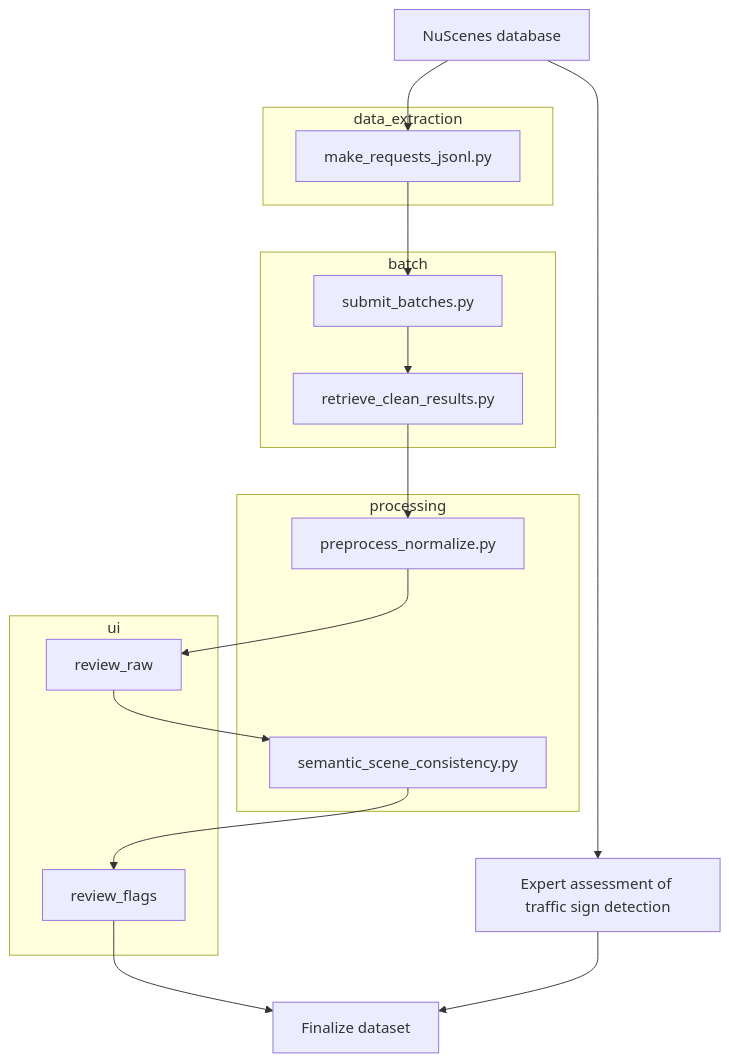
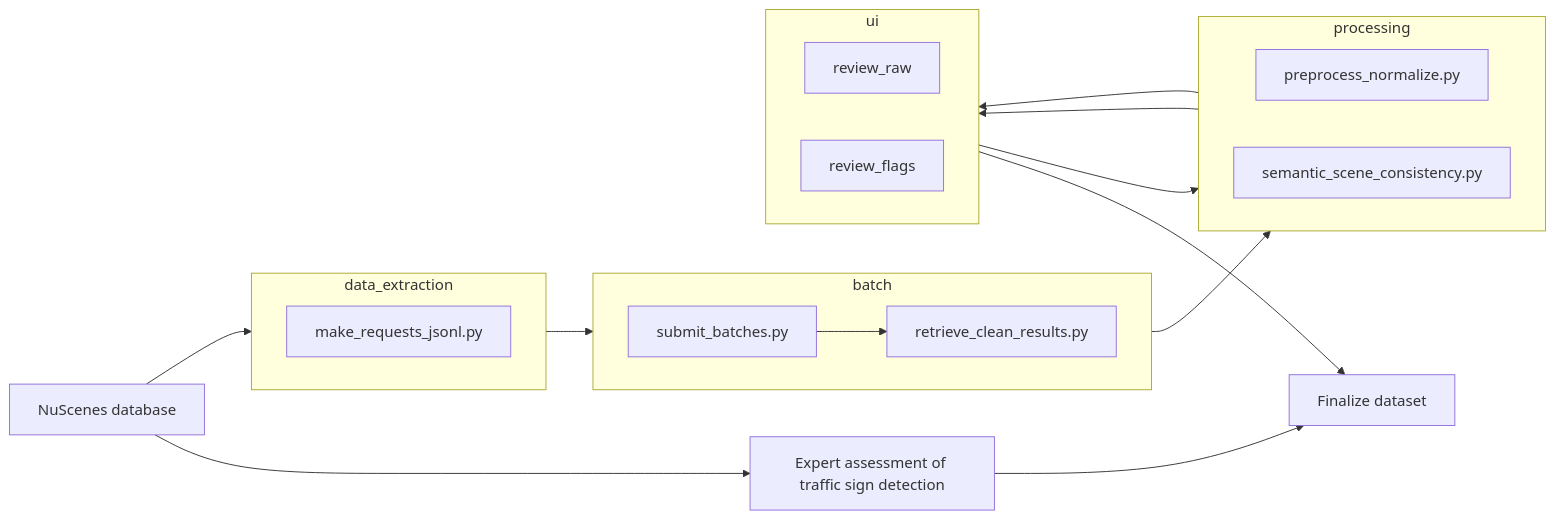
One commit to mchouai27/vlm-odd-pipeline changed the diagram in README.md. Above: the diagram before and after it, drawn with Mermaid.

````diff
--- a/README.md
+++ b/README.md
@@ -11,41 +11,45 @@
 ```mermaid
-flowchart TB
+flowchart LR
   %% Nodes
   NUSC[NuScenes database]
   EXTRACT[make_requests_jsonl.py]
   SUBMIT[submit_batches.py]
   RETRIEVE[retrieve_clean_results.py]
   PREP[preprocess_normalize.py]
   GUI1[review_raw]
   SEM[semantic_scene_consistency.py]
   GUI2[review_flags]
   EXPERT[Expert assessment of traffic sign detection]
   FINAL[Finalize dataset]
 
   %% Groups (no internal edges)
   subgraph data_extraction
+    direction LR
     EXTRACT
   end
 
   subgraph batch
+    direction LR
     SUBMIT
     RETRIEVE
   end
 
   subgraph processing
+    direction LR
     PREP
     SEM
   end
 
   subgraph ui
+    direction LR
     GUI1
     GUI2
   end
 
   %% Main flow with file-to-file relations
   NUSC --> EXTRACT --> SUBMIT --> RETRIEVE --> PREP --> GUI1 --> SEM --> GUI2 --> FINAL
 
   %% Additional connection
   NUSC --> EXPERT --> FINAL
 
 ```
````
